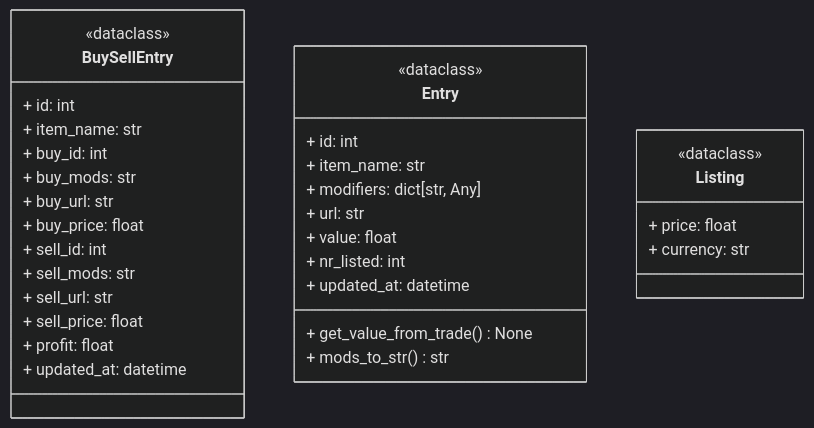
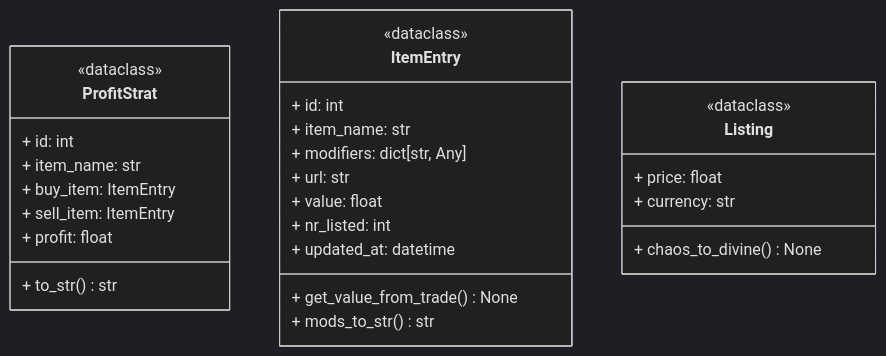
Before and after one commit to DixieSquad/weary-traveler: diagram 14 of 16 in documentation/software-design-document.md, drawn with Mermaid (dark theme). The commit also changed other lines of this file, not shown here.

Commit message:
Update design docs for v0.2.0 - Renamed Entry to ItemEntry - Renamed BuySellEntry to ProfitStrat

````diff
--- a/documentation/software-design-document.md
+++ b/documentation/software-design-document.md
@@ -463,37 +463,32 @@
 ```mermaid
 classDiagram
-class BuySellEntry{
+class ProfitStrat{
     <<dataclass>>
     + id: int
     + item_name: str
-    + buy_id: int
-    + buy_mods: str
-    + buy_url: str
-    + buy_price: float
-    + sell_id: int
-    + sell_mods: str
-    + sell_url: str
-    + sell_price: float
+    + buy_item: ItemEntry
+    + sell_item: ItemEntry
     + profit: float
-    + updated_at: datetime
+    + to_str() str
 }
 
-class Entry{
+class ItemEntry{
     <<dataclass>>
     + id: int
     + item_name: str
     + modifiers: dict[str, Any]
     + url: str
     + value: float
     + nr_listed: int
     + updated_at: datetime
     + get_value_from_trade() None
     + mods_to_str() str
 }
 
 class Listing{
     <<dataclass>>
     + price: float
     + currency: str
+    + chaos_to_divine() None
 }
 ```
````
